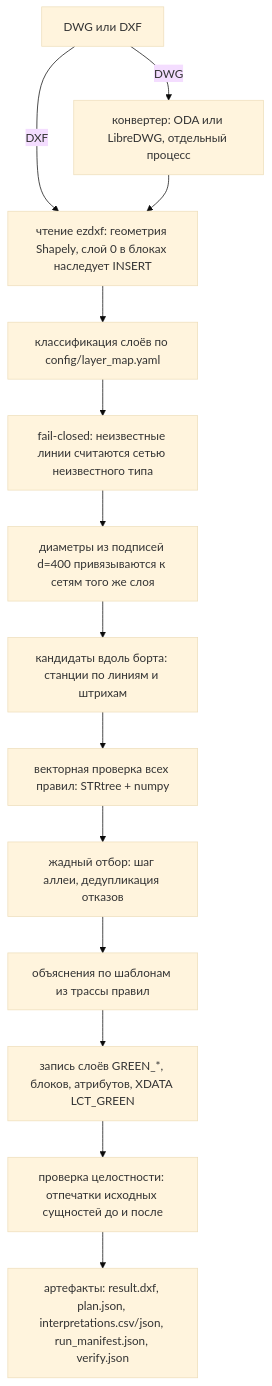
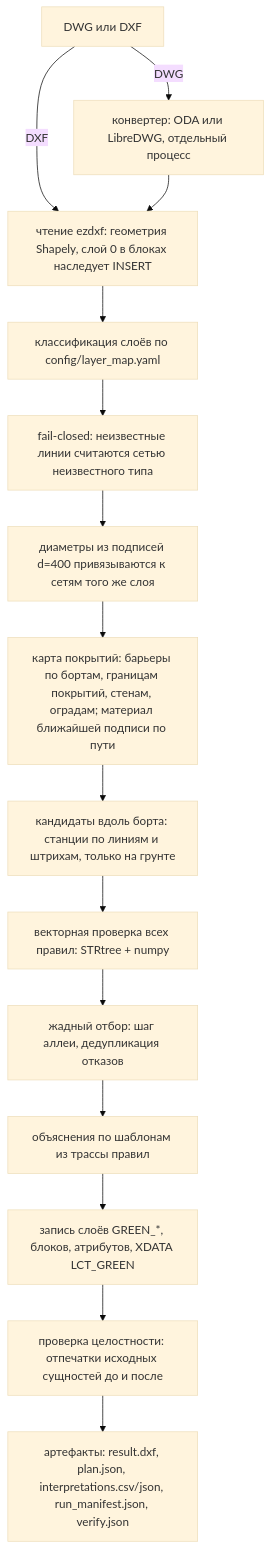
The second of 2 diagrams in docs/architecture.md (Mojarung/LCT_2026), drawn with Mermaid (base theme) before and after one commit. The commit also changed other lines of this file and 4 other files, not shown here.

````diff
--- a/docs/architecture.md
+++ b/docs/architecture.md
@@ -27,16 +27,17 @@
 ```mermaid
 flowchart TD
     A[DWG или DXF] -->|DWG| B[конвертер: ODA или LibreDWG, отдельный процесс]
     A -->|DXF| C
     B --> C[чтение ezdxf: геометрия Shapely, слой 0 в блоках наследует INSERT]
     C --> D[классификация слоёв по config/layer_map.yaml]
     D --> E[fail-closed: неизвестные линии считаются сетью неизвестного типа]
     E --> F[диаметры из подписей d=400 привязываются к сетям того же слоя]
-    F --> G[кандидаты вдоль борта: станции по линиям и штрихам]
+    F --> S[карта покрытий: барьеры по бортам, границам покрытий, стенам, оградам; материал ближайшей подписи по пути]
+    S --> G[кандидаты вдоль борта: станции по линиям и штрихам, только на грунте]
     G --> H[векторная проверка всех правил: STRtree + numpy]
     H --> I[жадный отбор: шаг аллеи, дедупликация отказов]
     I --> J[объяснения по шаблонам из трассы правил]
     J --> K[запись слоёв GREEN_*, блоков, атрибутов, XDATA LCT_GREEN]
     K --> L[проверка целостности: отпечатки исходных сущностей до и после]
     L --> M[артефакты: result.dxf, plan.json, interpretations.csv/json, run_manifest.json, verify.json]
 ```
````
